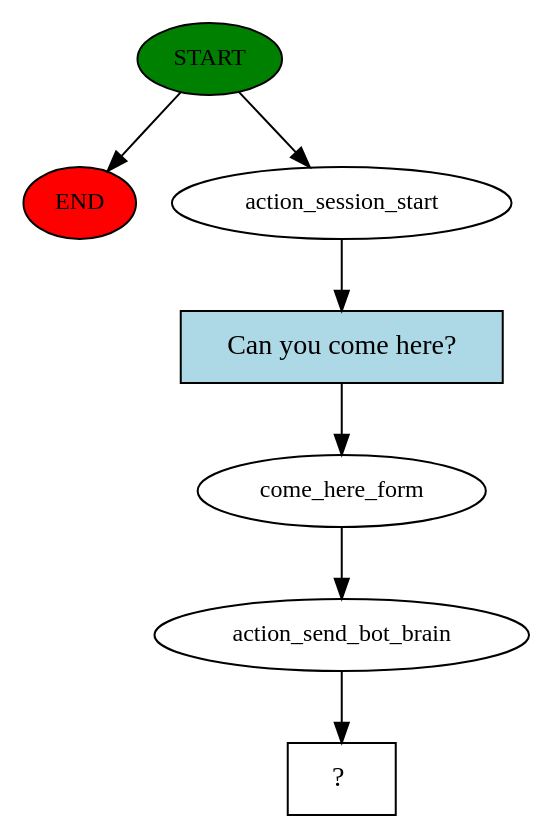
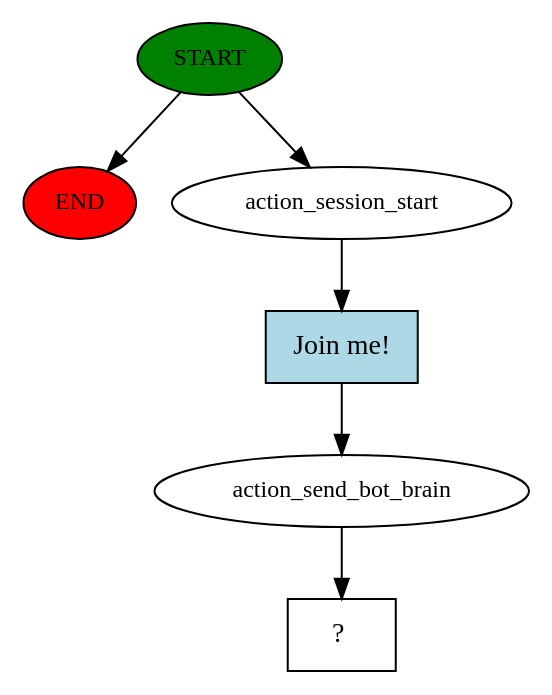
Before and after one commit to MaikePaetzel/minetest-agent: the diagram in dialog_manager/rasa_dm/story_graph.dot, drawn with Graphviz. The commit also changed 8 other files, not shown here.

Commit message:
Update ask_come_here intent to not need entities

```diff
--- a/dialog_manager/rasa_dm/story_graph.dot
+++ b/dialog_manager/rasa_dm/story_graph.dot
@@ -1,15 +1,13 @@
 digraph  {
 0 [class="start active", fillcolor=green, fontsize=12, label=START, style=filled];
 "-1" [class=end, fillcolor=red, fontsize=12, label=END, style=filled];
 1 [class=active, fontsize=12, label=action_session_start];
-2 [class=active, fontsize=12, label=come_here_form];
-3 [class=active, fontsize=12, label=action_send_bot_brain];
-4 [class="intent dashed active", label="  ?  ", shape=rect];
-5 [class="intent active", fillcolor=lightblue, label="Can you come here?", shape=rect, style=filled];
+2 [class=active, fontsize=12, label=action_send_bot_brain];
+3 [class="intent dashed active", label="  ?  ", shape=rect];
+4 [class="intent active", fillcolor=lightblue, label="Join me!", shape=rect, style=filled];
 0 -> "-1"  [class="", key=NONE, label=""];
 0 -> 1  [class=active, key=NONE, label=""];
-1 -> 5  [class=active, key=0];
+1 -> 4  [class=active, key=0];
 2 -> 3  [class=active, key=NONE, label=""];
-3 -> 4  [class=active, key=NONE, label=""];
-5 -> 2  [class=active, key=0];
+4 -> 2  [class=active, key=0];
 }
```
